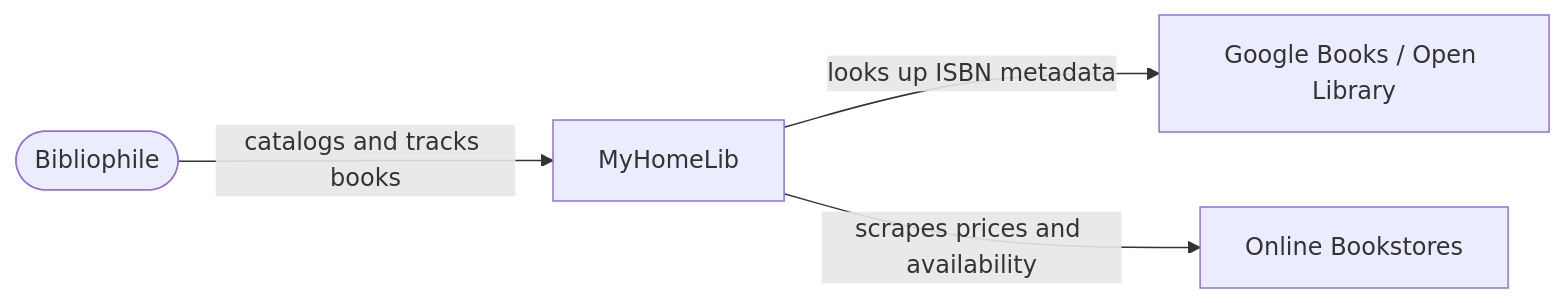
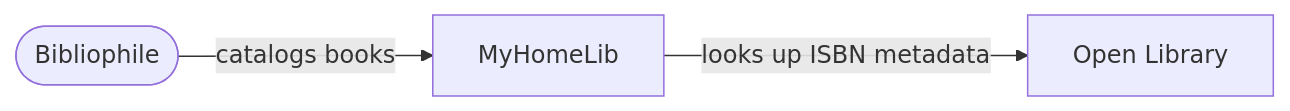
One commit to ghechavarria/cen5064-project-hechavarria changed the first of 4 diagrams in README.md. Above: the diagram before and after it, drawn with Mermaid. The commit also changed other lines of this file and 67 other files, not shown here.

Commit message:
Initial Architecture/Logic and Design Creation #3 Issue

````diff
--- a/README.md
+++ b/README.md
@@ -37,6 +40,5 @@
 ```mermaid
 flowchart LR
-    user([Bibliophile]) -->|catalogs and tracks books| system[MyHomeLib]
-    system -->|looks up ISBN metadata| isbnApi[Google Books / Open Library]
-    system -->|scrapes prices and availability| stores[Online Bookstores]
+    user([Bibliophile]) -->|catalogs books| system[MyHomeLib]
+    system -->|looks up ISBN metadata| isbnApi[Open Library]
 ```
````
